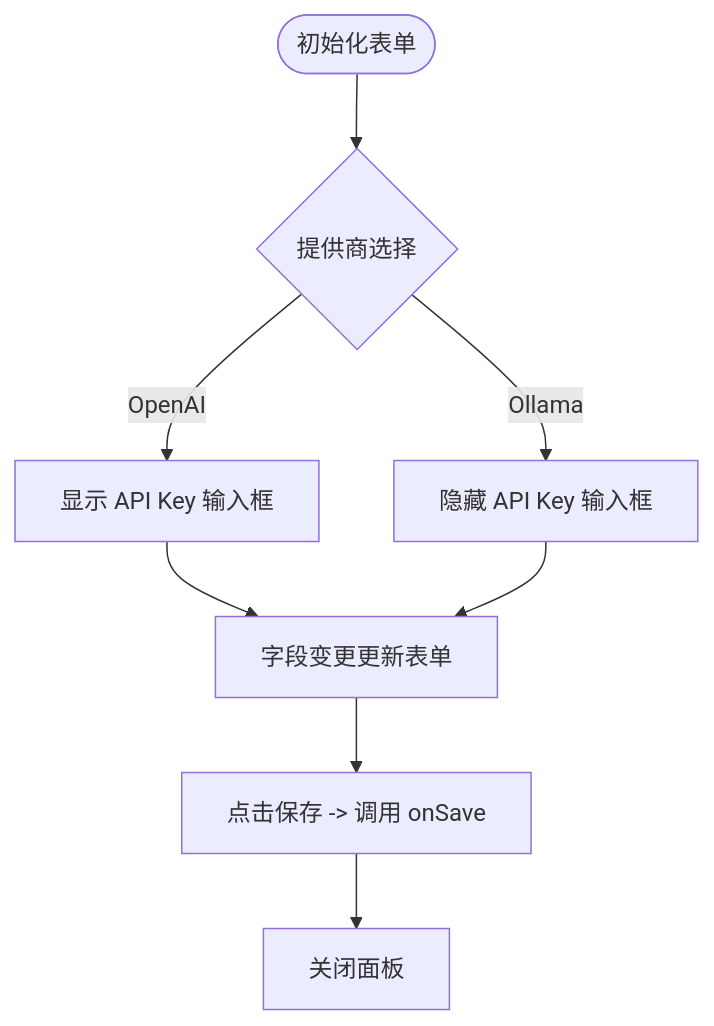
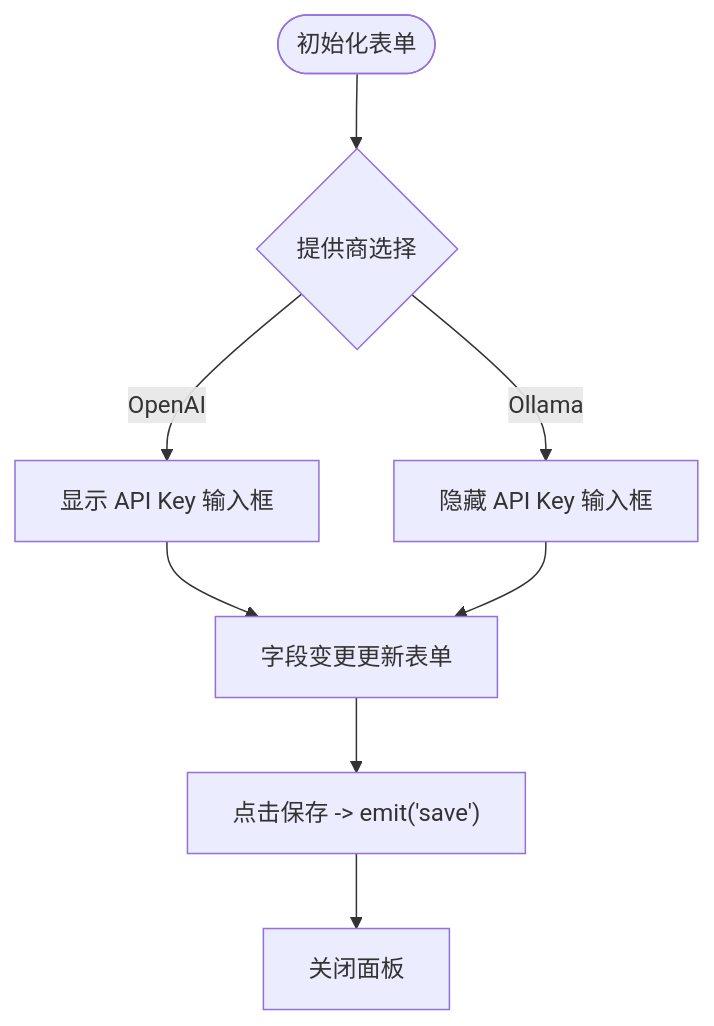
Before and after one commit to hallllla/QAQ-Agent: the fifth of 6 diagrams in .qoder/repowiki/zh/content/核心组件/核心组件.md, drawn with Mermaid. The commit also changed other lines of this file and 23 other files, not shown here.

````diff
--- a/.qoder/repowiki/zh/content/核心组件/核心组件.md
+++ b/.qoder/repowiki/zh/content/核心组件/核心组件.md
@@ -209,10 +222,10 @@
 ```mermaid
 flowchart TD
 Init(["初始化表单"]) --> Provider{"提供商选择"}
 Provider --> |OpenAI| ShowAPI["显示 API Key 输入框"]
 Provider --> |Ollama| HideAPI["隐藏 API Key 输入框"]
 ShowAPI --> Edit["字段变更更新表单"]
 HideAPI --> Edit
-Edit --> Save["点击保存 -> 调用 onSave"]
+Edit --> Save["点击保存 -> emit('save')"]
 Save --> Close["关闭面板"]
 ```
````
